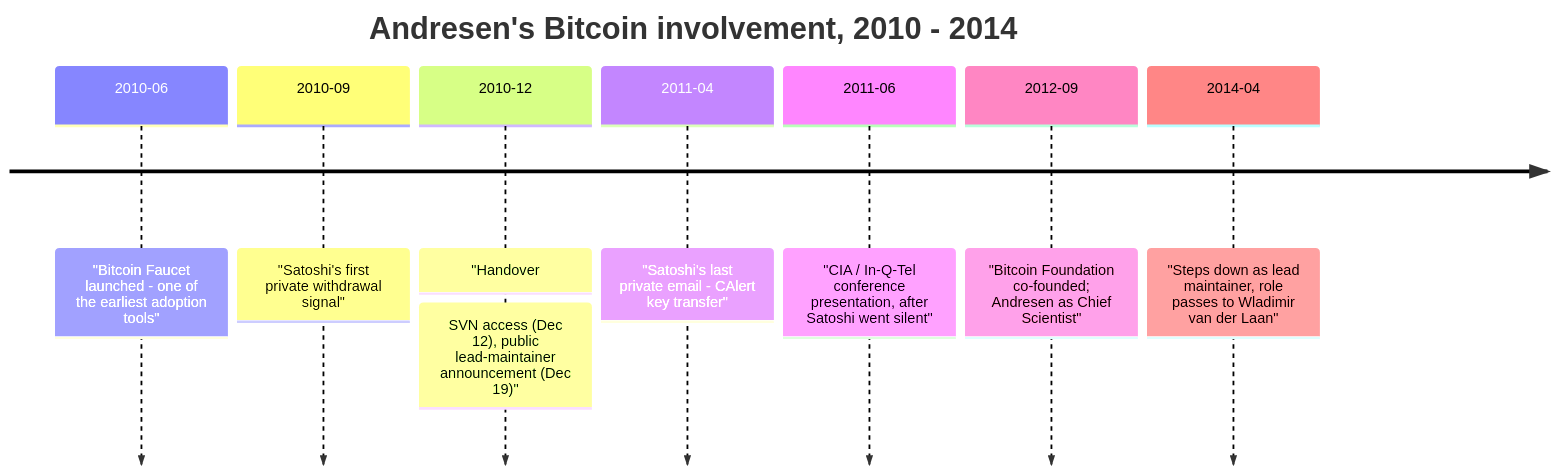
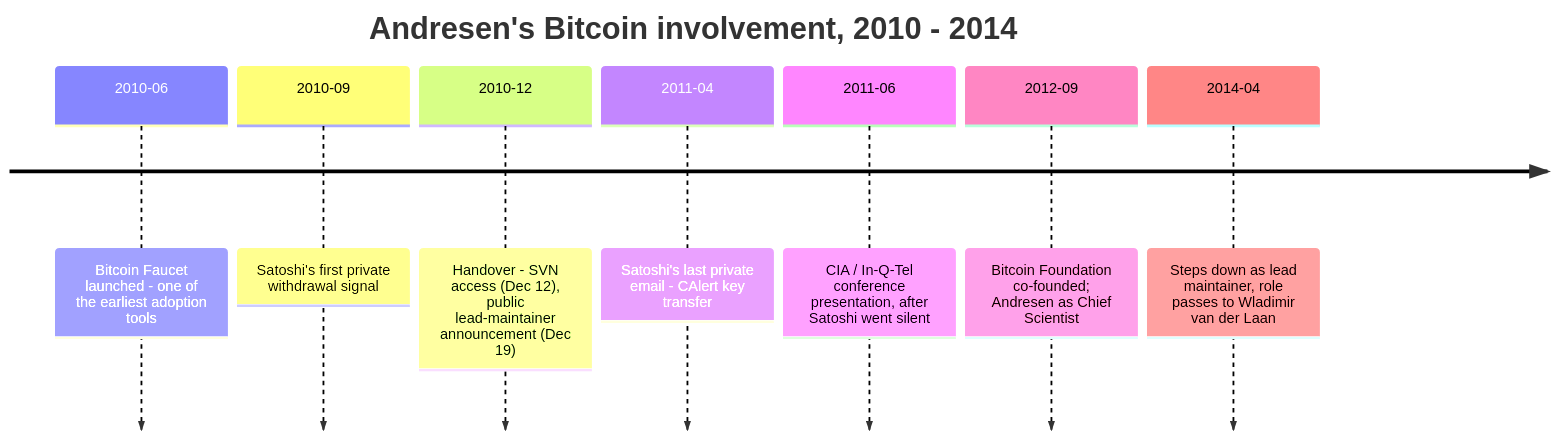
One commit to cypher256/BitcoinArchive changed the diagram in src/data/entries/en/aftermath/2010-06-11-gavin-andresen-biography.md. Above: the diagram before and after it, drawn with Mermaid. The commit also changed 12 other files, not shown here.

First line of the commit message:
Mermaid timelines: drop literal double-quotes around event text

````diff
--- a/src/data/entries/en/aftermath/2010-06-11-gavin-andresen-biography.md
+++ b/src/data/entries/en/aftermath/2010-06-11-gavin-andresen-biography.md
@@ -57,11 +57,11 @@
 ```mermaid
 timeline
     title Andresen's Bitcoin involvement, 2010 - 2014
-    2010-06 : "Bitcoin Faucet launched - one of the earliest adoption tools"
-    2010-09 : "Satoshi's first private withdrawal signal"
-    2010-12 : "Handover: SVN access (Dec 12), public lead-maintainer announcement (Dec 19)"
-    2011-04 : "Satoshi's last private email - CAlert key transfer"
-    2011-06 : "CIA / In-Q-Tel conference presentation, after Satoshi went silent"
-    2012-09 : "Bitcoin Foundation co-founded; Andresen as Chief Scientist"
-    2014-04 : "Steps down as lead maintainer, role passes to Wladimir van der Laan"
+    2010-06 : Bitcoin Faucet launched - one of the earliest adoption tools
+    2010-09 : Satoshi's first private withdrawal signal
+    2010-12 : Handover - SVN access (Dec 12), public lead-maintainer announcement (Dec 19)
+    2011-04 : Satoshi's last private email - CAlert key transfer
+    2011-06 : CIA / In-Q-Tel conference presentation, after Satoshi went silent
+    2012-09 : Bitcoin Foundation co-founded; Andresen as Chief Scientist
+    2014-04 : Steps down as lead maintainer, role passes to Wladimir van der Laan
 ```
````
